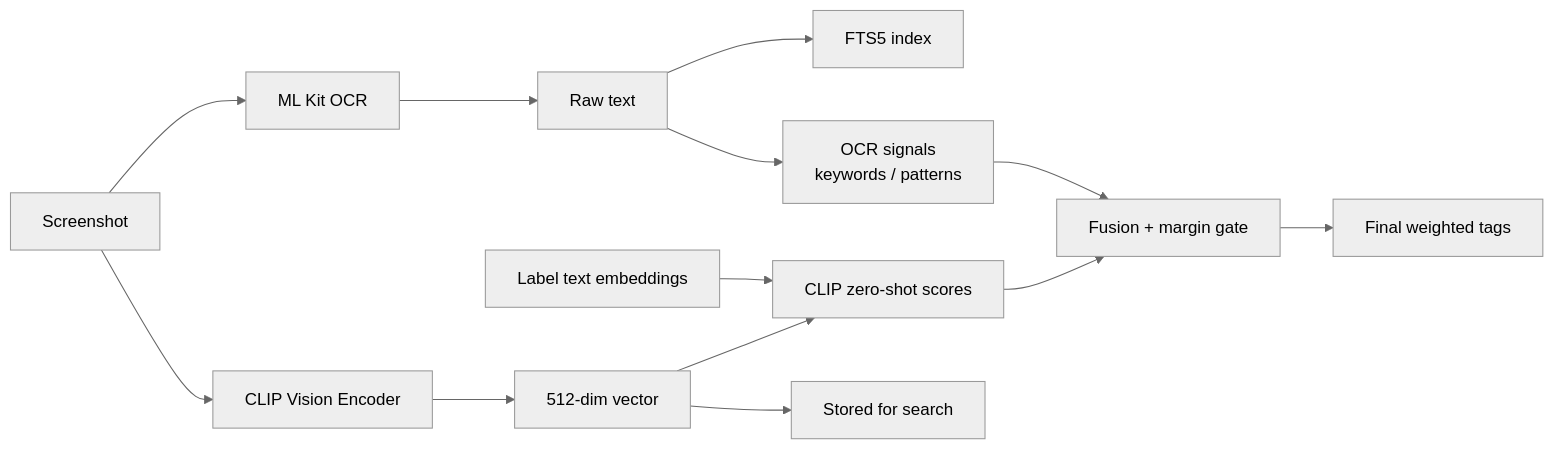
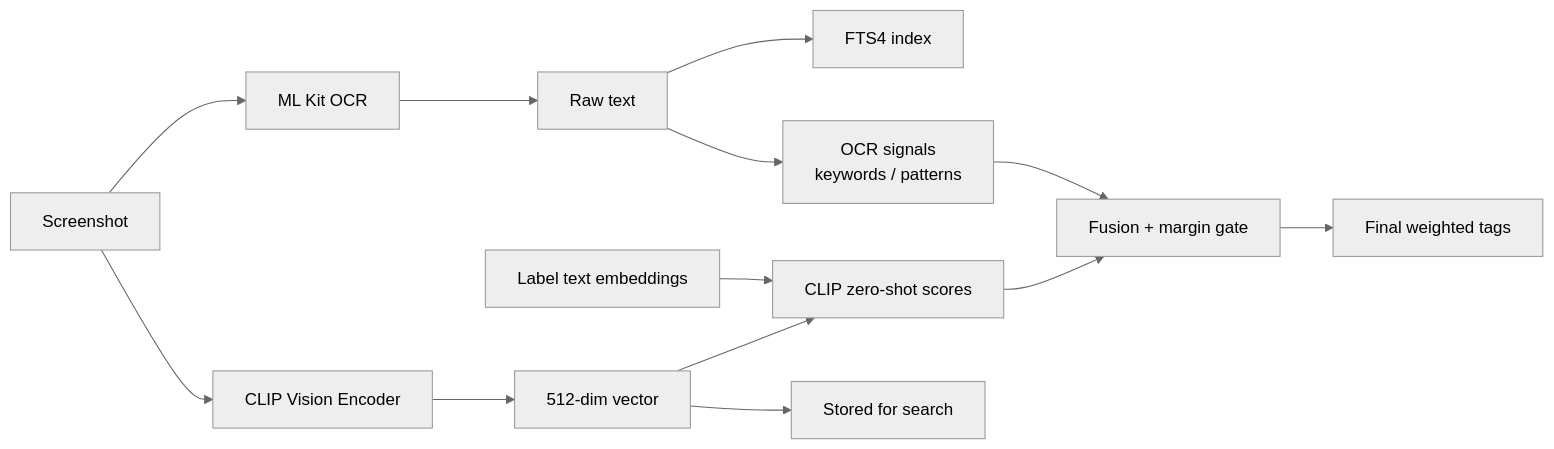
Before and after one commit to jehadbaeth/sshot-classifier: the second of 8 diagrams in docs/design.md, drawn with Mermaid (neutral theme). The commit also changed other lines of this file, not shown here.

First line of the commit message:
docs(design): correct stale FTS5 references to FTS4 (app uses FTS4, no BM25)

````diff
--- a/docs/design.md
+++ b/docs/design.md
@@ -132,18 +132,18 @@
 ```mermaid
 flowchart LR
     IMG[Screenshot] --> OCRX[ML Kit OCR]
     IMG --> CV[CLIP Vision Encoder]
 
     OCRX --> TXT[Raw text]
-    TXT --> FTSIDX[FTS5 index]
+    TXT --> FTSIDX[FTS4 index]
     TXT --> OSIG[OCR signals<br/>keywords / patterns]
 
     CV --> VEC[512-dim vector]
     VEC --> ZSC[CLIP zero-shot scores]
     VEC --> STORE[Stored for search]
     LBL[Label text embeddings] --> ZSC
 
     ZSC --> FUSE[Fusion + margin gate]
     OSIG --> FUSE
     FUSE --> TAGS[Final weighted tags]
 ```
````
